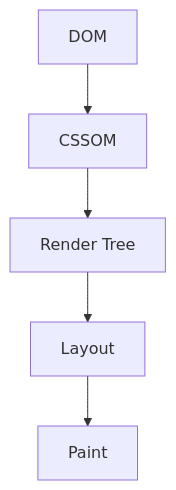
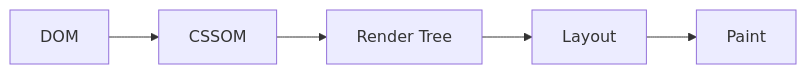
One commit to BiancaPereira/css-backstage-slides changed the first of 4 diagrams in slides.md. Above: the diagram before and after it, drawn with Mermaid. The commit also changed other lines of this file, not shown here.

````diff
--- a/slides.md
+++ b/slides.md
@@ -49,7 +50,7 @@
 ```mermaid { theme: 'default', scale: 2 }
-flowchart TD
+flowchart LR
   A[DOM] --> B[CSSOM]
   B --> C[Render Tree]
   C --> D[Layout]
   D --> E[Paint]
 ```
````
